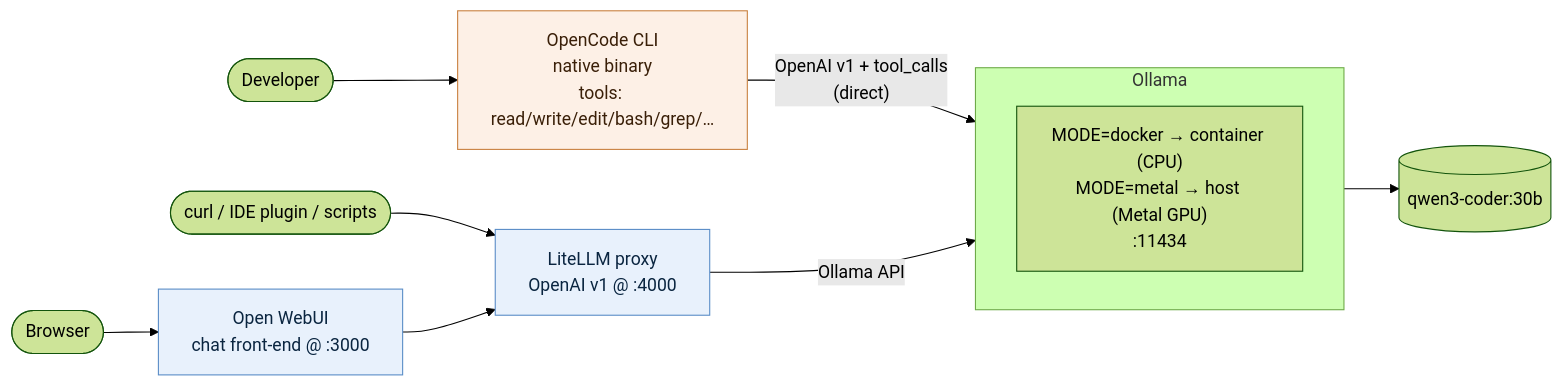
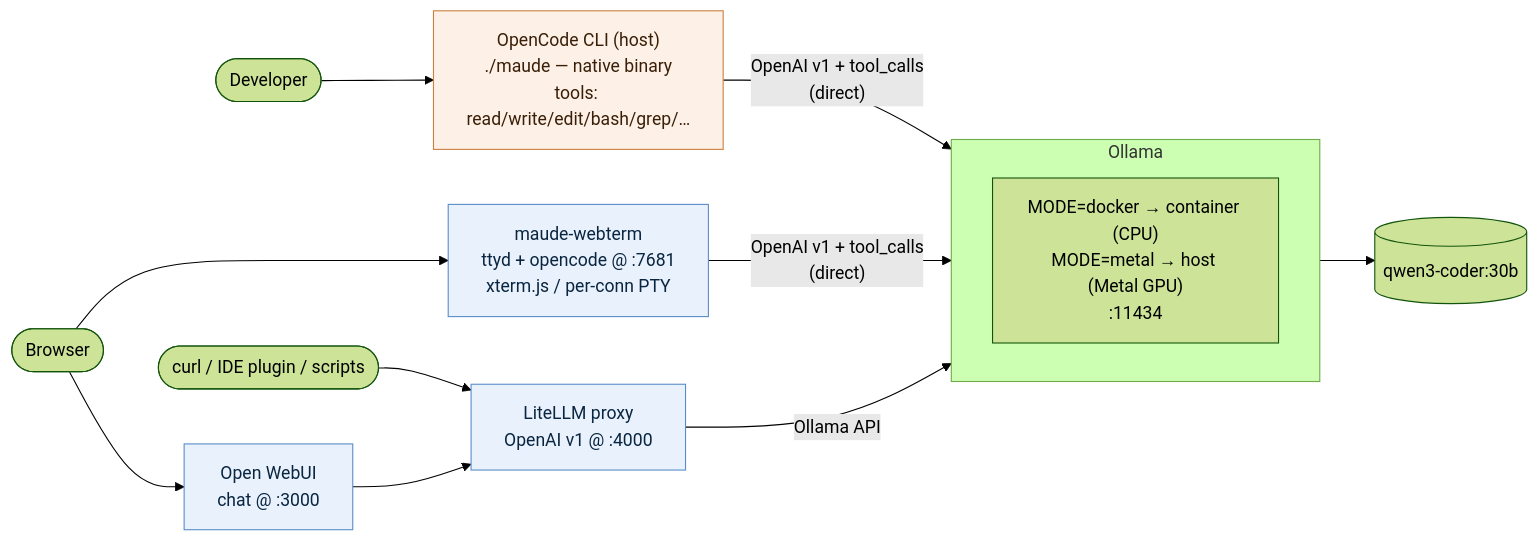
One commit to binRick/maude changed the diagram in README.md. Above: the diagram before and after it, drawn with Mermaid (forest theme). The commit also changed other lines of this file and 7 other files, not shown here.

First line of the commit message:
Add maude-webterm: opencode in an xterm.js browser terminal

````diff
--- a/README.md
+++ b/README.md
@@ -150,26 +156,28 @@
 ```mermaid
 flowchart LR
     Dev([Developer])
     Browser([Browser])
     Other([curl / IDE plugin / scripts])
 
-    Dev --> OC["OpenCode CLI<br/>native binary<br/>tools: read/write/edit/bash/grep/…"]
-    Browser --> WebUI["Open WebUI<br/>chat front-end @ :3000"]
+    Dev --> OC["OpenCode CLI (host)<br/>./maude — native binary<br/>tools: read/write/edit/bash/grep/…"]
+    Browser --> WebUI["Open WebUI<br/>chat @ :3000"]
+    Browser --> WebTerm["maude-webterm<br/>ttyd + opencode @ :7681<br/>xterm.js / per-conn PTY"]
     Other --> LiteLLM["LiteLLM proxy<br/>OpenAI v1 @ :4000"]
     WebUI --> LiteLLM
 
     OC -- "OpenAI v1 + tool_calls<br/>(direct)" --> Ollama
+    WebTerm -- "OpenAI v1 + tool_calls<br/>(direct)" --> Ollama
     LiteLLM -- "Ollama API" --> Ollama
 
     subgraph backend["Ollama"]
         direction LR
         Ollama["MODE=docker → container (CPU)<br/>MODE=metal → host (Metal GPU)<br/>:11434"]
     end
 
     Ollama --> Model[("qwen3-coder:30b")]
 
     classDef host fill:#fdf0e6,stroke:#c98140,color:#3a1f08
     classDef container fill:#e8f1fc,stroke:#5a8dc7,color:#0a2540
     class OC host
-    class LiteLLM,WebUI container
+    class LiteLLM,WebUI,WebTerm container
 ```
````
